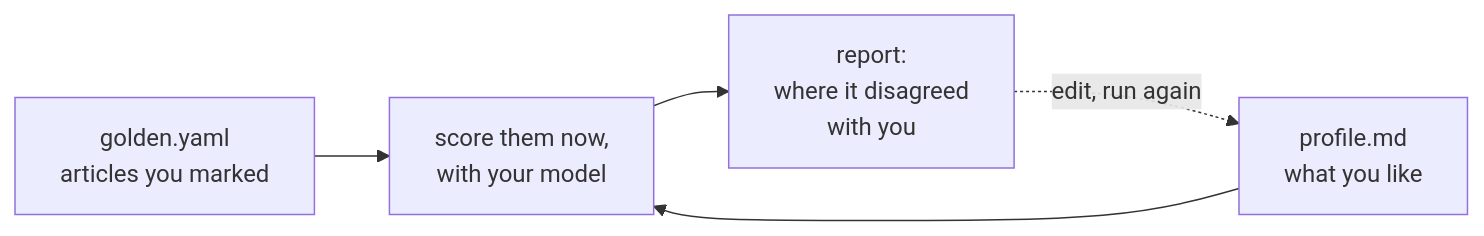
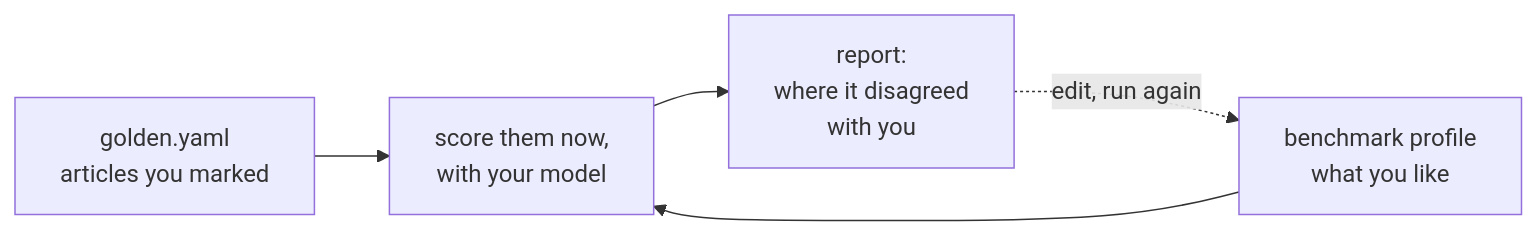
One commit to DanielBlei/rabbithole changed the first of 2 diagrams in docs/evals.md. Above: the diagram before and after it, drawn with Mermaid. The commit also changed other lines of this file and 39 other files, not shown here.

````diff
--- a/docs/evals.md
+++ b/docs/evals.md
@@ -12,7 +12,7 @@
 ```mermaid
 flowchart LR
     G["golden.yaml<br/>articles you marked"] --> S
-    P["profile.md<br/>what you like"] --> S["score them now,<br/>with your model"]
+    P["benchmark profile<br/>what you like"] --> S["score them now,<br/>with your model"]
     S --> R["report:<br/>where it disagreed<br/>with you"]
     R -. "edit, run again" .-> P
 ```
````
